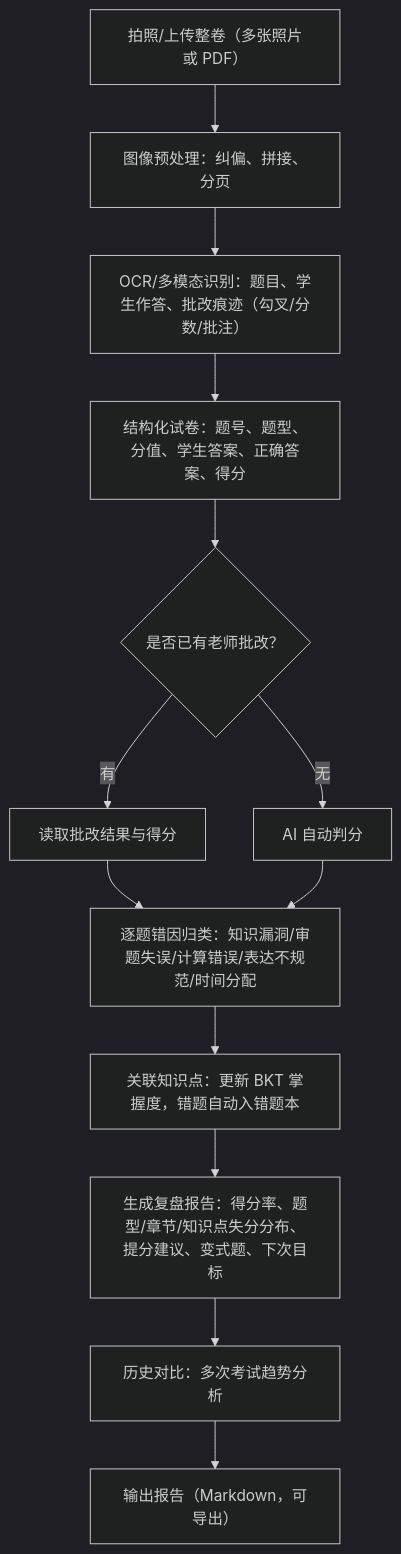
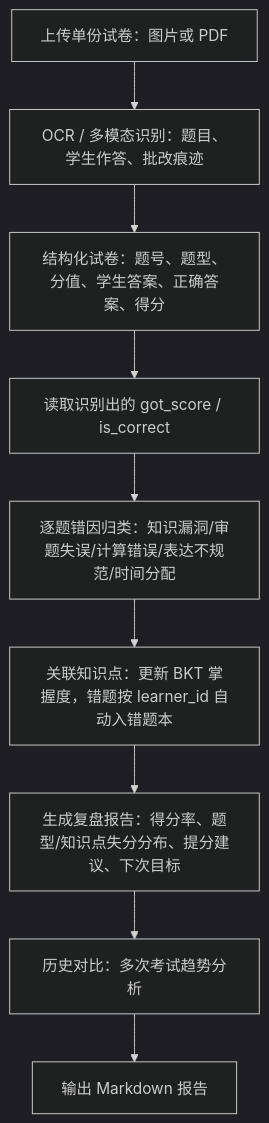
The fifth of 18 diagrams in 智学Agent项目设计文档.md (WakuWaku1337/Stuagent), drawn with Mermaid (dark theme) before and after one commit. The commit also changed other lines of this file and 77 other files, not shown here.

````diff
--- a/智学Agent项目设计文档.md
+++ b/智学Agent项目设计文档.md
@@ -428,15 +431,11 @@
 ```mermaid
 flowchart TD
-    P["拍照/上传整卷（多张照片或 PDF）"] --> Pre["图像预处理：纠偏、拼接、分页"]
-    Pre --> OCR["OCR/多模态识别：题目、学生作答、批改痕迹（勾叉/分数/批注）"]
+    P["上传单份试卷：图片或 PDF"] --> OCR["OCR / 多模态识别：题目、学生作答、批改痕迹"]
     OCR --> Struct["结构化试卷：题号、题型、分值、学生答案、正确答案、得分"]
-    Struct --> Judge{"是否已有老师批改？"}
-    Judge -->|有| Read["读取批改结果与得分"]
-    Judge -->|无| AI["AI 自动判分"]
+    Struct --> Read["读取识别出的 got_score / is_correct"]
     Read --> Reason["逐题错因归类：知识漏洞/审题失误/计算错误/表达不规范/时间分配"]
-    AI --> Reason
-    Reason --> Link["关联知识点：更新 BKT 掌握度，错题自动入错题本"]
-    Link --> Report["生成复盘报告：得分率、题型/章节/知识点失分分布、提分建议、变式题、下次目标"]
+    Reason --> Link["关联知识点：更新 BKT 掌握度，错题按 learner_id 自动入错题本"]
+    Link --> Report["生成复盘报告：得分率、题型/知识点失分分布、提分建议、下次目标"]
     Report --> Trend["历史对比：多次考试趋势分析"]
-    Trend --> Out["输出报告（Markdown，可导出）"]
+    Trend --> Out["输出 Markdown 报告"]
 ```
````
